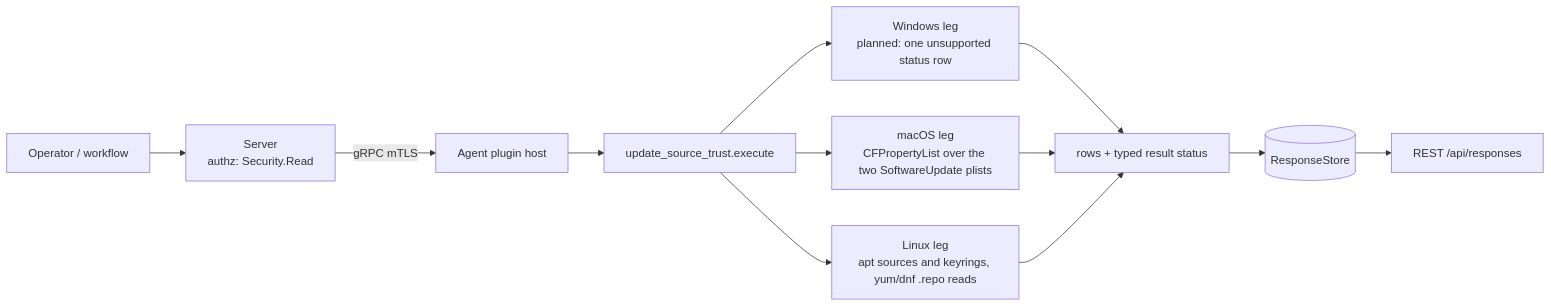
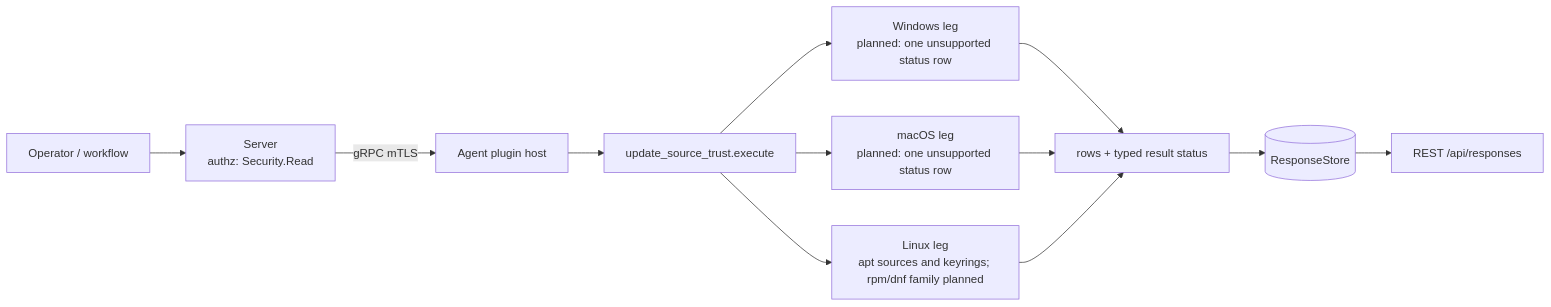
Before and after one commit to DevNullLtd/Yuzu: the diagram in agents/plugins/update_source_trust/README.md, drawn with Mermaid. The commit also changed other lines of this file and 32 other files, not shown here.

First line of the commit message:
refactor(update_source_trust): defer the macOS and rpm/dnf legs to their own PRs

````diff
--- a/agents/plugins/update_source_trust/README.md
+++ b/agents/plugins/update_source_trust/README.md
@@ -21,9 +21,9 @@
 ```mermaid
 flowchart LR
   OP[Operator / workflow] --> SRV[Server<br/>authz: Security.Read]
   SRV -- gRPC mTLS --> HOST[Agent plugin host] --> EX[update_source_trust.execute]
   EX --> WIN[Windows leg<br/>planned: one unsupported status row]
-  EX --> MAC[macOS leg<br/>CFPropertyList over the two SoftwareUpdate plists]
-  EX --> LIN[Linux leg<br/>apt sources and keyrings, yum/dnf .repo reads]
+  EX --> MAC[macOS leg<br/>planned: one unsupported status row]
+  EX --> LIN[Linux leg<br/>apt sources and keyrings; rpm/dnf family planned]
   WIN & MAC & LIN --> ROWS[rows + typed result status] --> RS[(ResponseStore)] --> API[REST /api/responses]
 ```
````
